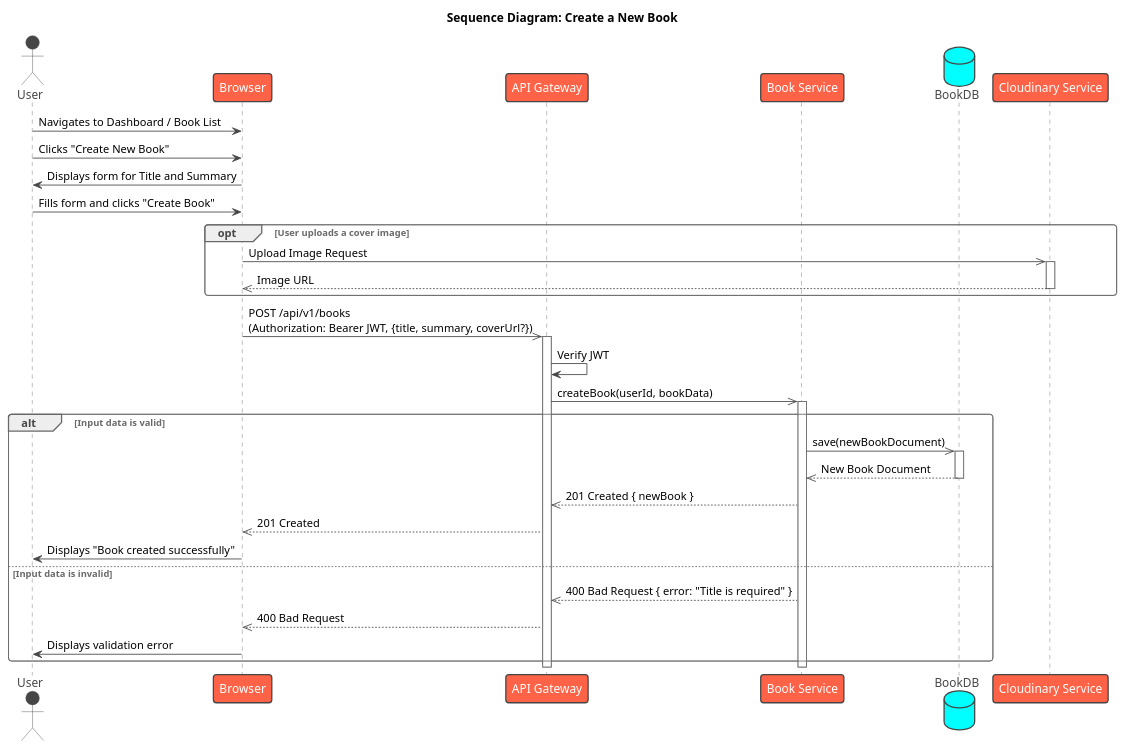
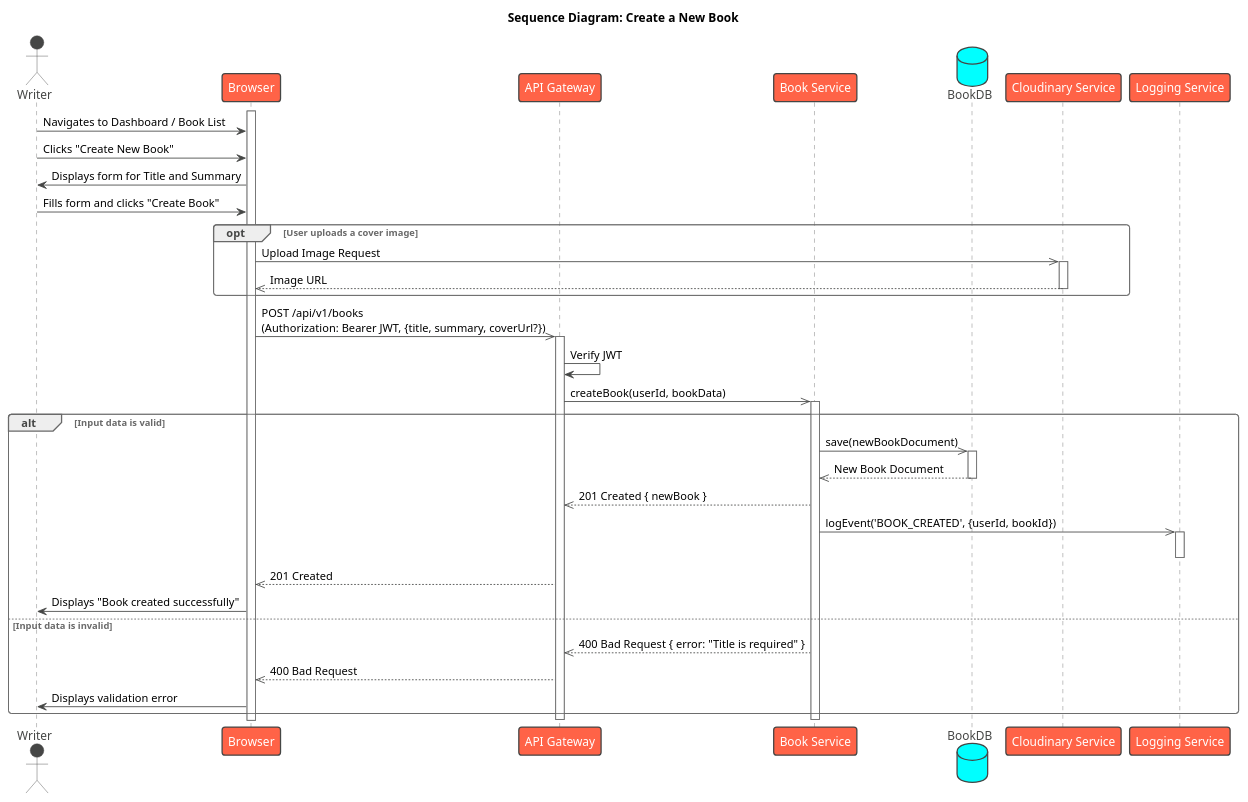
The diagram in UML/Sequences/Writer/BookCreation.puml (Arado3333/PageByPage_Israel_Arad), drawn with PlantUML before and after one commit. The commit also changed 17 other files, not shown here.

Commit message:
updated diagrams

```diff
--- a/UML/Sequences/Writer/BookCreation.puml
+++ b/UML/Sequences/Writer/BookCreation.puml
@@ -1,50 +1,60 @@
 @startuml
 !theme vibrant
 
 title Sequence Diagram: Create a New Book
 
-actor "User"
-participant "Browser"
+
+actor "Writer" as User
+participant "Browser" as Browser
 participant "API Gateway" as Gateway
 participant "Book Service" as BookService
-database "BookDB"
+database "BookDB" as BookDB
 participant "Cloudinary Service" as Cloudinary
+participant "Logging Service" as LoggingService
 
+activate Browser
 User -> Browser : Navigates to Dashboard / Book List
 ' ... initial book list is loaded ...
 
 User -> Browser : Clicks "Create New Book"
 Browser -> User : Displays form for Title and Summary
 
 User -> Browser : Fills form and clicks "Create Book"
 
 opt User uploads a cover image
     Browser ->> Cloudinary : Upload Image Request
     activate Cloudinary
     Cloudinary -->> Browser : Image URL
     deactivate Cloudinary
 end
 
 Browser ->> Gateway : POST /api/v1/books\n(Authorization: Bearer JWT, {title, summary, coverUrl?})
 activate Gateway
 Gateway -> Gateway : Verify JWT
 Gateway ->> BookService : createBook(userId, bookData)
 activate BookService
 
 alt Input data is valid
     BookService ->> BookDB : save(newBookDocument)
     activate BookDB
     BookDB -->> BookService : New Book Document
     deactivate BookDB
+
     BookService -->> Gateway : 201 Created { newBook }
+    
+    ' Asynchronous Logging
+    BookService ->> LoggingService : logEvent('BOOK_CREATED', {userId, bookId})
+    activate LoggingService
+    deactivate LoggingService
+
     Gateway -->> Browser : 201 Created
     Browser -> User : Displays "Book created successfully"
 else Input data is invalid
     BookService -->> Gateway : 400 Bad Request { error: "Title is required" }
     Gateway -->> Browser : 400 Bad Request
     Browser -> User : Displays validation error
 end
 deactivate BookService
 deactivate Gateway
 
 @enduml
```
